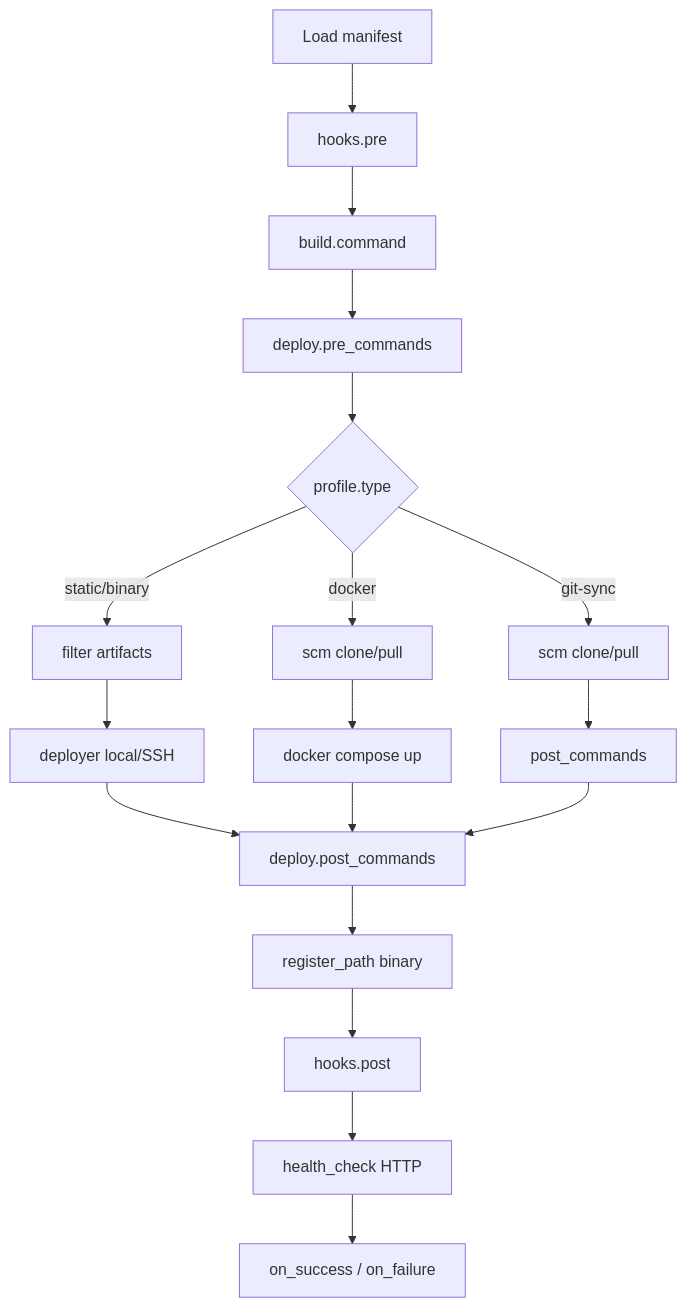
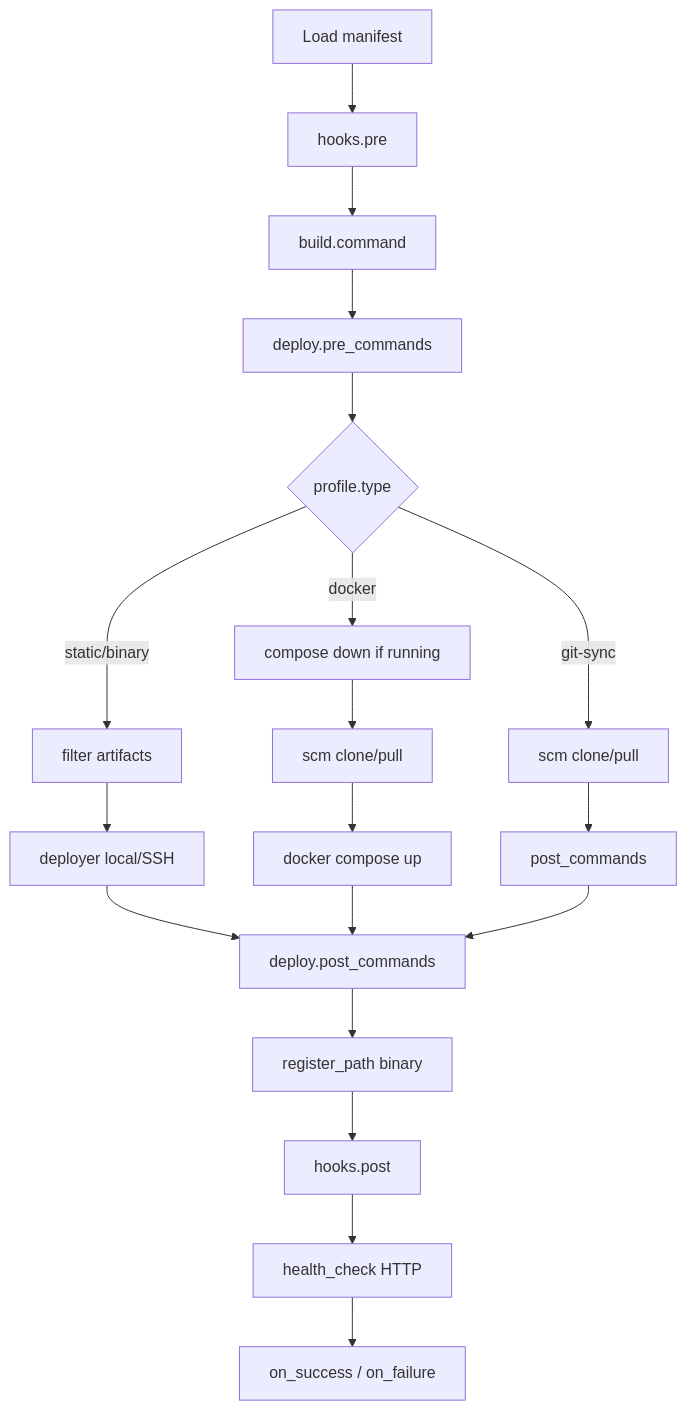
The second of 2 diagrams in docs/development/architecture.md (Septillioner/pablo), drawn with Mermaid before and after one commit. The commit also changed other lines of this file and 14 other files, not shown here.

First line of the commit message:
feat: stop running Compose stack before docker git sync on redeploy

````diff
--- a/docs/development/architecture.md
+++ b/docs/development/architecture.md
@@ -75,20 +75,21 @@
 ```mermaid
 flowchart TD
     load[Load manifest] --> preHook[hooks.pre]
     preHook --> build[build.command]
     build --> preCmd[deploy.pre_commands]
     preCmd --> typeSwitch{profile.type}
     typeSwitch -->|static/binary| filter[filter artifacts]
     filter --> deploy[deployer local/SSH]
-    typeSwitch -->|docker| gitClone[scm clone/pull]
+    typeSwitch -->|docker| composePrecheck[compose down if running]
+    composePrecheck --> gitClone[scm clone/pull]
     gitClone --> compose[docker compose up]
     typeSwitch -->|git-sync| gitPull[scm clone/pull]
     gitPull --> postCmdStart[post_commands]
     deploy --> postCmd[deploy.post_commands]
     compose --> postCmd
     postCmdStart --> postCmd
     postCmd --> pathReg[register_path binary]
     pathReg --> postHook[hooks.post]
     postHook --> health[health_check HTTP]
     health --> done[on_success / on_failure]
 ```
````
